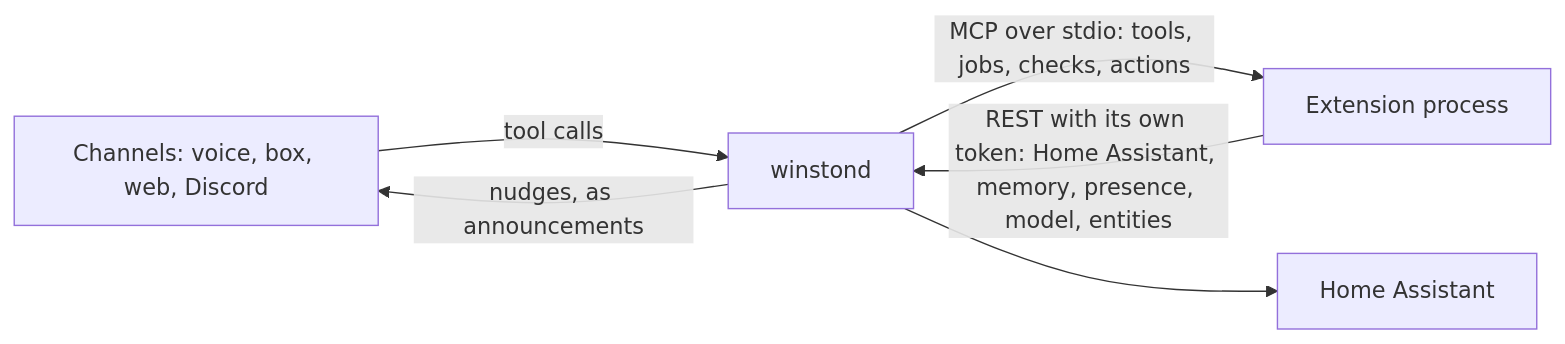
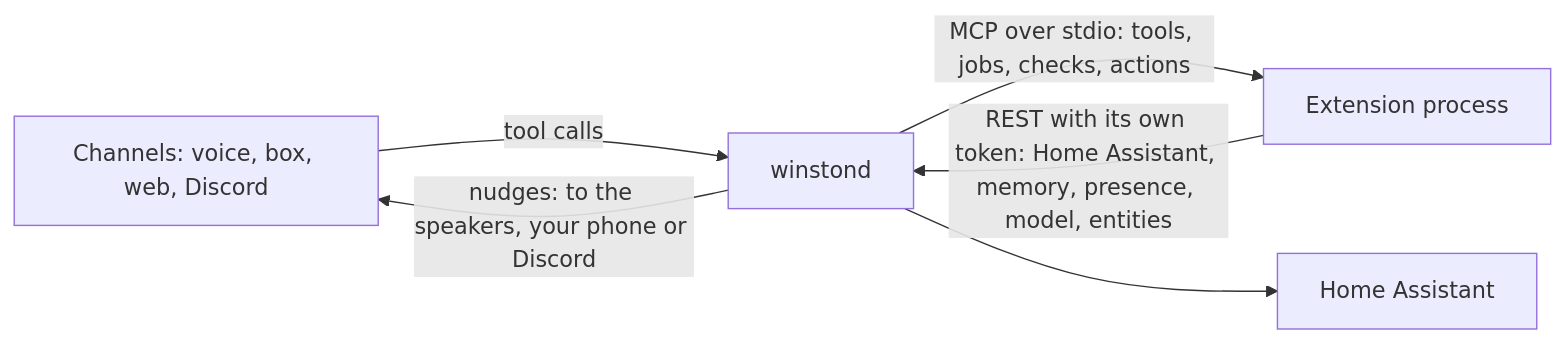
One commit to aldinsmajlovic/winston changed the diagram in docs/extensions.md. Above: the diagram before and after it, drawn with Mermaid. The commit also changed other lines of this file and 54 other files, not shown here.

````diff
--- a/docs/extensions.md
+++ b/docs/extensions.md
@@ -584,8 +608,8 @@
 ```mermaid
 flowchart LR
   ch[Channels: voice, box, web, Discord] -->|tool calls| w[winstond]
   w -->|MCP over stdio: tools, jobs, checks, actions| x[Extension process]
   x -->|REST with its own token: Home Assistant, memory, presence, model, entities| w
   w --> ha[Home Assistant]
-  w -->|nudges, as announcements| ch
+  w -->|nudges: to the speakers, your phone or Discord| ch
 ```
````
